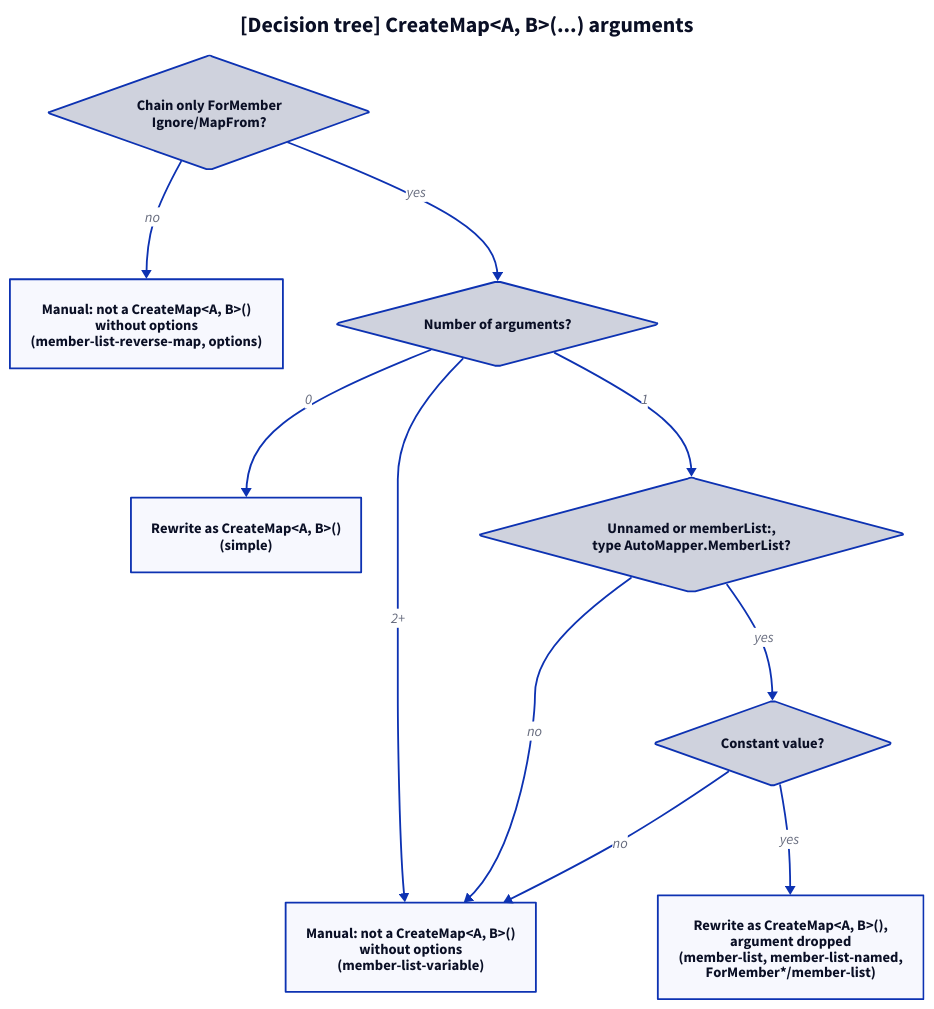
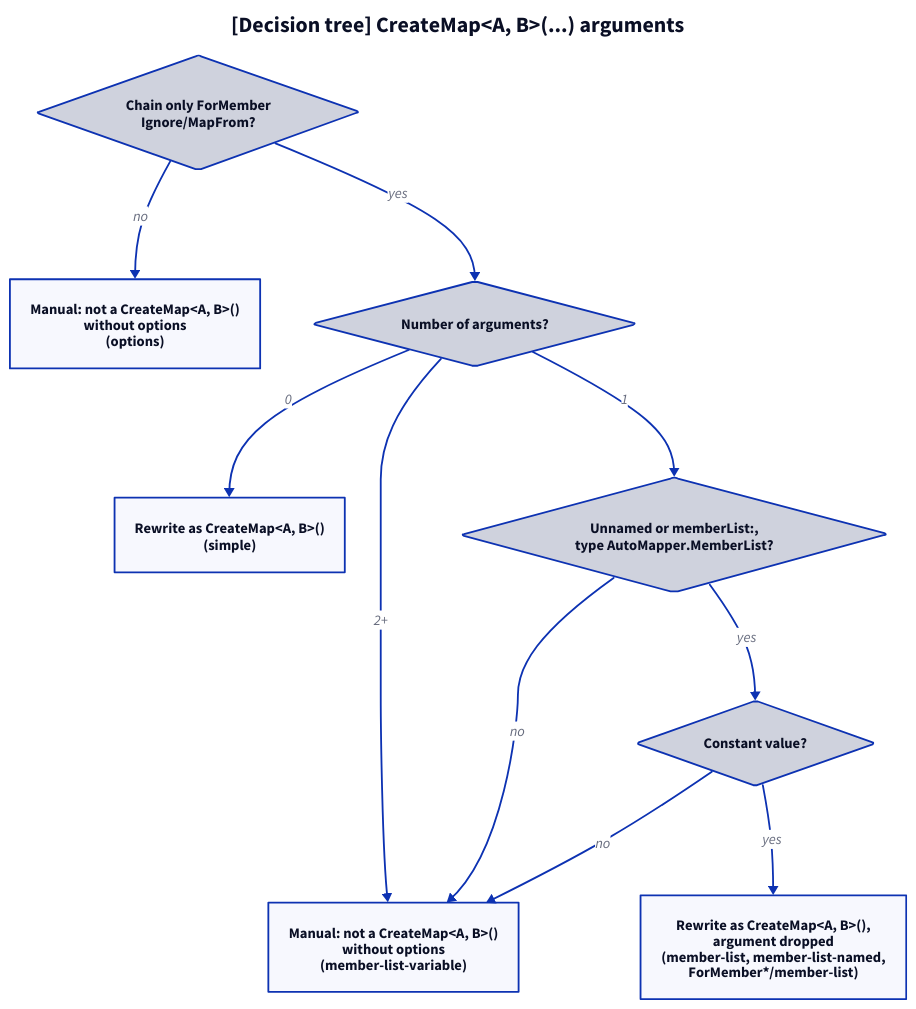
The diagram in docs/projectinfo/patterns/img/automapper-member-list-modellen-3.d2 (ATkingma/unshackle), drawn with D2 before and after one commit. The commit also changed 45 other files, not shown here.

First line of the commit message:
Rewrite AutoMapper ReverseMap as a reverse ToA method, unflattening stays Manual

```diff
--- a/docs/projectinfo/patterns/img/automapper-member-list-modellen-3.d2
+++ b/docs/projectinfo/patterns/img/automapper-member-list-modellen-3.d2
@@ -1,19 +1,19 @@
 title: "[Decision tree] CreateMap<A, B>(...) arguments" {shape: text; near: top-center; style: {font-size: 24; bold: true}}
 direction: down
 q0: "Chain only ForMember\nIgnore/MapFrom?" {shape: diamond}
-m0: "Manual: not a CreateMap<A, B>()\nwithout options\n(member-list-reverse-map, options)"
+m0: "Manual: not a CreateMap<A, B>()\nwithout options\n(options)"
 q1: "Number of arguments?" {shape: diamond}
 f0: "Rewrite as CreateMap<A, B>()\n(simple)"
 q2: "Unnamed or memberList:,\ntype AutoMapper.MemberList?" {shape: diamond}
 q3: "Constant value?" {shape: diamond}
 m1: "Manual: not a CreateMap<A, B>()\nwithout options\n(member-list-variable)"
 f1: "Rewrite as CreateMap<A, B>(),\nargument dropped\n(member-list, member-list-named,\nForMember*/member-list)"
 q0 -> m0: no
 q0 -> q1: yes
 q1 -> f0: "0"
 q1 -> q2: "1"
 q1 -> m1: "2+"
 q2 -> m1: no
 q2 -> q3: yes
 q3 -> m1: no
 q3 -> f1: yes
```
